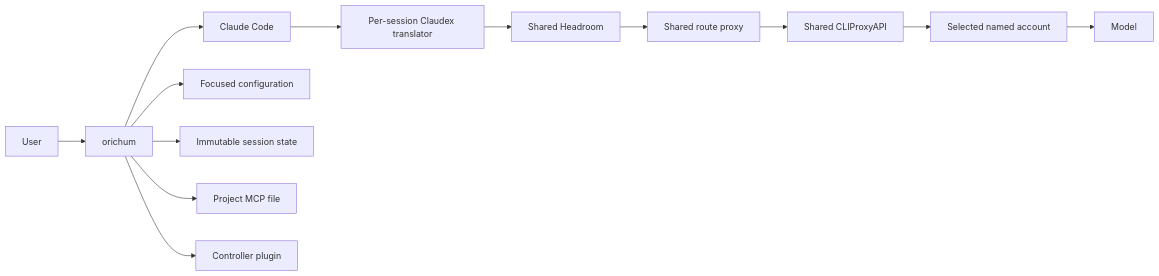
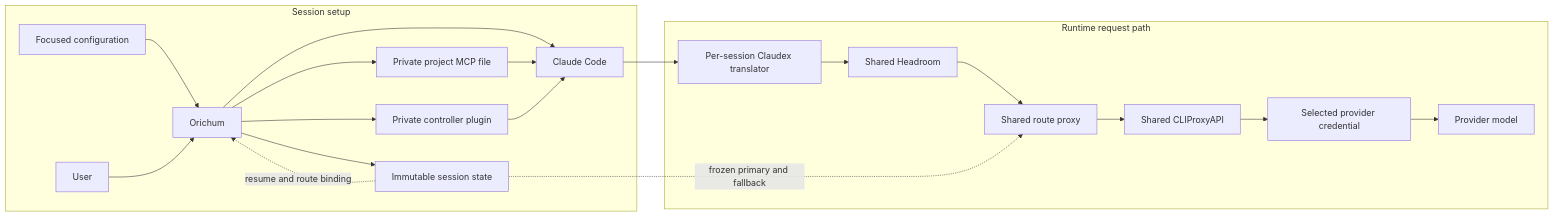
Before and after one commit to orichum/claudex-workflow: the first of 2 diagrams in docs/architecture.md, drawn with Mermaid. The commit also changed other lines of this file and 6 other files, not shown here.

Commit message:
Document repository-aware graph management

````diff
--- a/docs/architecture.md
+++ b/docs/architecture.md
@@ -5,16 +5,25 @@
 ```mermaid
 flowchart LR
-    U["User"] --> O["orichum"]
-    O --> C["Claude Code"]
-    C --> X["Per-session Claudex translator"]
-    X --> H["Shared Headroom"]
-    H --> R["Shared route proxy"]
-    R --> P["Shared CLIProxyAPI"]
-    P --> A["Selected named account"]
-    A --> M["Model"]
+    subgraph Launch["Session setup"]
+        CFG["Focused configuration"] --> O["Orichum"]
+        U["User"] --> O
+        O --> STATE["Immutable session state"]
+        O --> MCP["Private project MCP file"]
+        O --> PLUGIN["Private controller plugin"]
+        O --> C["Claude Code"]
 
-    O --> Q["Focused configuration"]
-    O --> S["Immutable session state"]
-    O --> T["Project MCP file"]
-    O --> G["Controller plugin"]
+        MCP --> C
+        PLUGIN --> C
+        STATE -. "resume and route binding" .-> O
+    end
+
+    subgraph Runtime["Runtime request path"]
+        C --> X["Per-session Claudex translator"]
+        X --> H["Shared Headroom"]
+        H --> R["Shared route proxy"]
+        STATE -. "frozen primary and fallback" .-> R
+        R --> P["Shared CLIProxyAPI"]
+        P --> A["Selected provider credential"]
+        A --> M["Provider model"]
+    end
 ```
````
